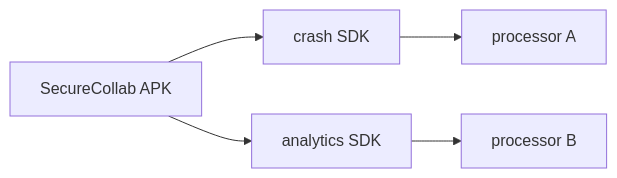
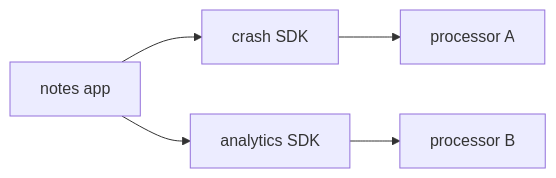
The second of 2 diagrams in content/modules/8/8.5/lessons/01-property.md (ishitvagoel/LearnSecurity), drawn with Mermaid before and after one commit. The commit also changed other lines of this file and 39 other files, not shown here.

````diff
--- a/content/modules/8/8.5/lessons/01-property.md
+++ b/content/modules/8/8.5/lessons/01-property.md
@@ -30,7 +31,7 @@
 ```mermaid
 flowchart LR
-  App[SecureCollab APK] --> CrashSdk[crash SDK]
+  App[notes app] --> CrashSdk[crash SDK]
   App --> Tracker[analytics SDK]
   CrashSdk --> VendorA[processor A]
   Tracker --> VendorB[processor B]
 ```
````
